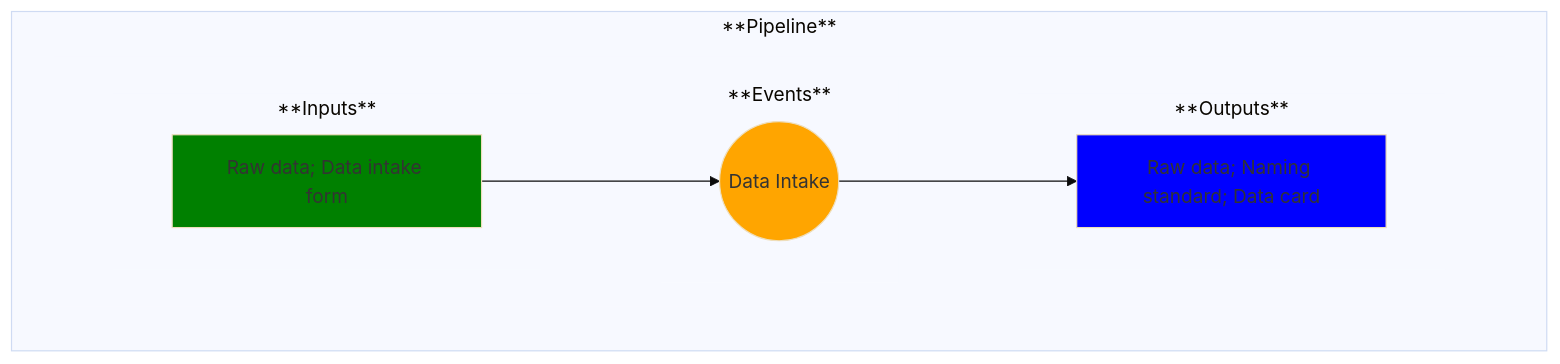
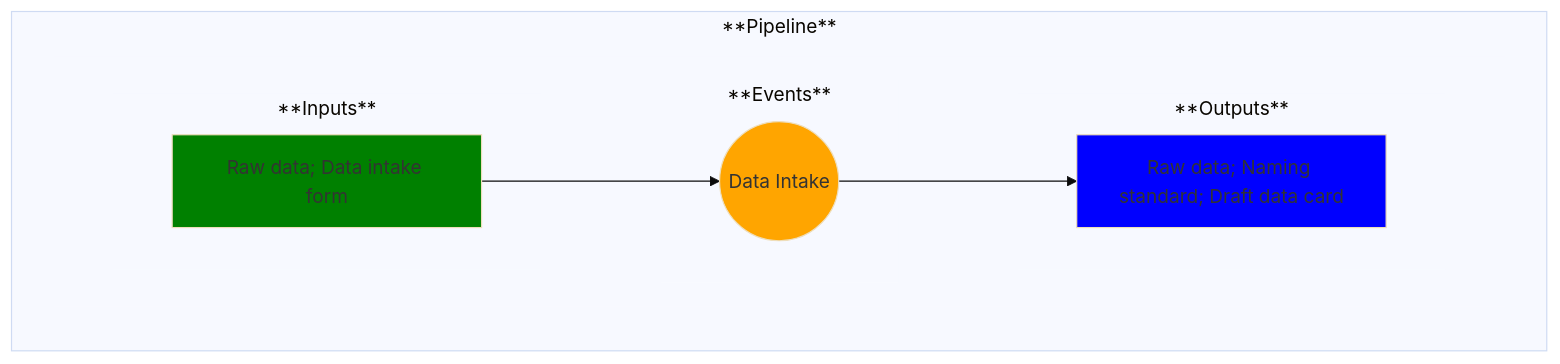
One commit to MLOps-OpenAPI/arch-diagrams changed the diagram in use-cases/1-data-intake.md. Above: the diagram before and after it, drawn with Mermaid (base theme). The commit also changed other lines of this file and 4 other files, not shown here.

Commit message:
Fixed UC7 and data card inputs to be consistent

````diff
--- a/use-cases/1-data-intake.md
+++ b/use-cases/1-data-intake.md
@@ -18,49 +18,49 @@
 ```mermaid
 
 %% Creating a left-to-right flowchart
 %% Learn the syntax here: https://mermaid.js.org/syntax/flowchart.html
 %% Note: flowchart and graph are the same in Mermaid
 graph LR;
 
     %% Define the common flow items:
     subgraph Pipeline ["**Pipeline**"]
         
         %% Add an empty node to overcome some formatting issues
         subgraph invisibleSpace["<br/>"]
 
             %% Add the rest of the nodes
             subgraph Inputs ["**Inputs**"]
                 A 
             end
             subgraph Events ["**Events**"]
                 B
             end
             subgraph Outputs ["**Outputs**"]
                 C
             end
         end
         A-->B
         %%C--> | test text | D
         B-->C
         %%D--> | test text | E
     end
 
     %% Now label and style the blocks
     %% Note: You could have done this above, but I find this to be cleaner and easier to manage
 
     A[Raw data; Data intake form]
     style A fill:green
 
     B((Data Intake))
     style B fill:orange
 
-    C[Raw data; Naming standard; Data card]
+    C[Raw data; Naming standard; Draft data card]
     style C fill:blue
 
     %% Remove unnecessary box outlines
     style invisibleSpace stroke-width:0
     style Inputs stroke-width:0
     style Events stroke-width:0
     style Outputs stroke-width:0
 
 ```
````
